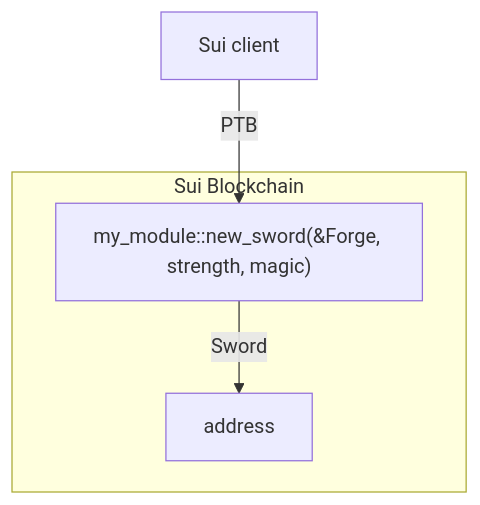
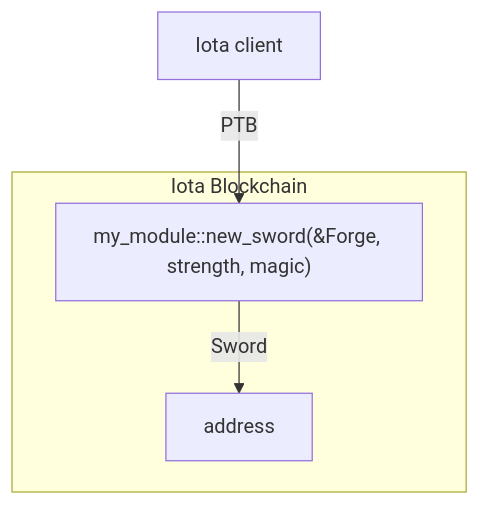
The second of 2 diagrams in docs/content/guides/developer/first-app/publish.mdx (rafnixschaf/iota), drawn with Mermaid before and after one commit. The commit also changed other lines of this file and 9958 other files, not shown here.

````diff
--- a/docs/content/guides/developer/first-app/publish.mdx
+++ b/docs/content/guides/developer/first-app/publish.mdx
@@ -87,13 +87,13 @@
 ```mermaid
 flowchart TB
     my_module["my_module::new_sword(&Forge, strength, magic)"]
     
-    Sui_client["Sui client"]
+    Iota_client["Iota client"]
 
-    subgraph Sui Blockchain
+    subgraph Iota Blockchain
 	my_module
 	my_module --Sword--> address
     end
     
-    Sui_client --"PTB"--> my_module
+    Iota_client --"PTB"--> my_module
 ```
````
